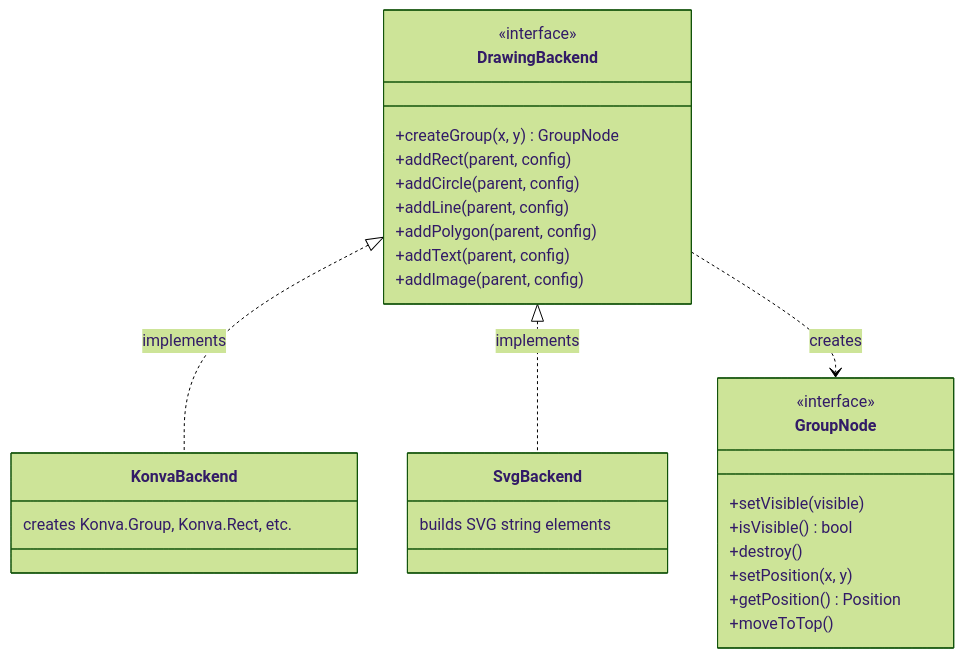
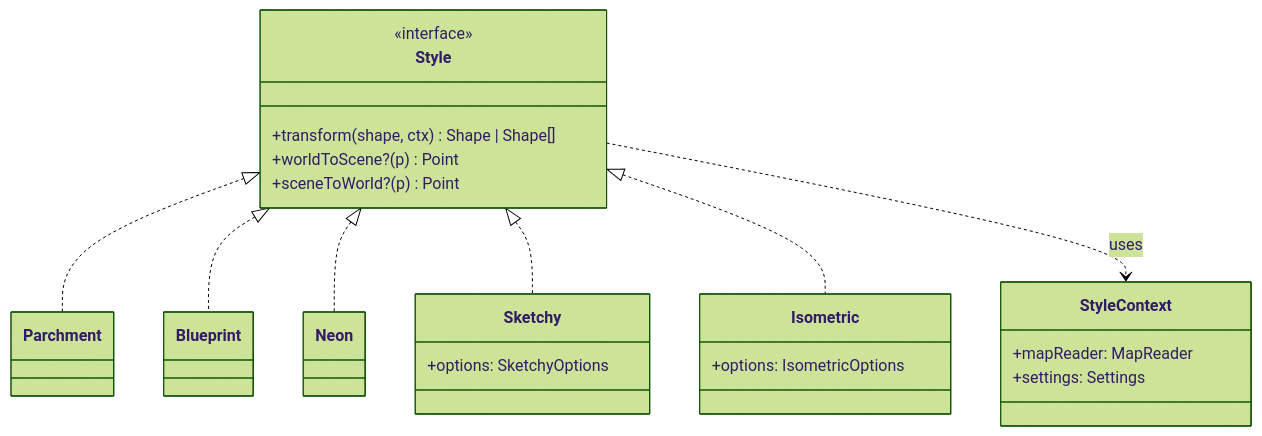
One commit to Delwing/mudlet-map-renderer changed the seventh of 17 diagrams in docs/architecture.md. Above: the diagram before and after it, drawn with Mermaid (forest theme). The commit also changed other lines of this file and 44 other files, not shown here.

First line of the commit message:
Add reusable scene culling and flush utilities, unify shape handling across rendering paths

````diff
--- a/docs/architecture.md
+++ b/docs/architecture.md
@@ -218,35 +307,31 @@
 ```mermaid
 classDiagram
-    class DrawingBackend {
+    class Style {
         <<interface>>
-        +createGroup(x, y) GroupNode
-        +addRect(parent, config)
-        +addCircle(parent, config)
-        +addLine(parent, config)
-        +addPolygon(parent, config)
-        +addText(parent, config)
-        +addImage(parent, config)
+        +transform(shape, ctx) Shape | Shape[]
+        +worldToScene?(p) Point
+        +sceneToWorld?(p) Point
     }
 
-    class GroupNode {
-        <<interface>>
-        +setVisible(visible)
-        +isVisible() bool
-        +destroy()
-        +setPosition(x, y)
-        +getPosition() Position
-        +moveToTop()
+    class StyleContext {
+        +mapReader: MapReader
+        +settings: Settings
     }
 
-    class KonvaBackend {
-        creates Konva.Group, Konva.Rect, etc.
+    class Parchment
+    class Blueprint
+    class Neon
+    class Sketchy {
+        +options: SketchyOptions
+    }
+    class Isometric {
+        +options: IsometricOptions
     }
 
-    class SvgBackend {
-        builds SVG string elements
-    }
-
-    DrawingBackend <|.. KonvaBackend : implements
-    DrawingBackend <|.. SvgBackend : implements
-    DrawingBackend ..> GroupNode : creates
+    Style <|.. Parchment
+    Style <|.. Blueprint
+    Style <|.. Neon
+    Style <|.. Sketchy
+    Style <|.. Isometric
+    Style ..> StyleContext : uses
 ```
````
